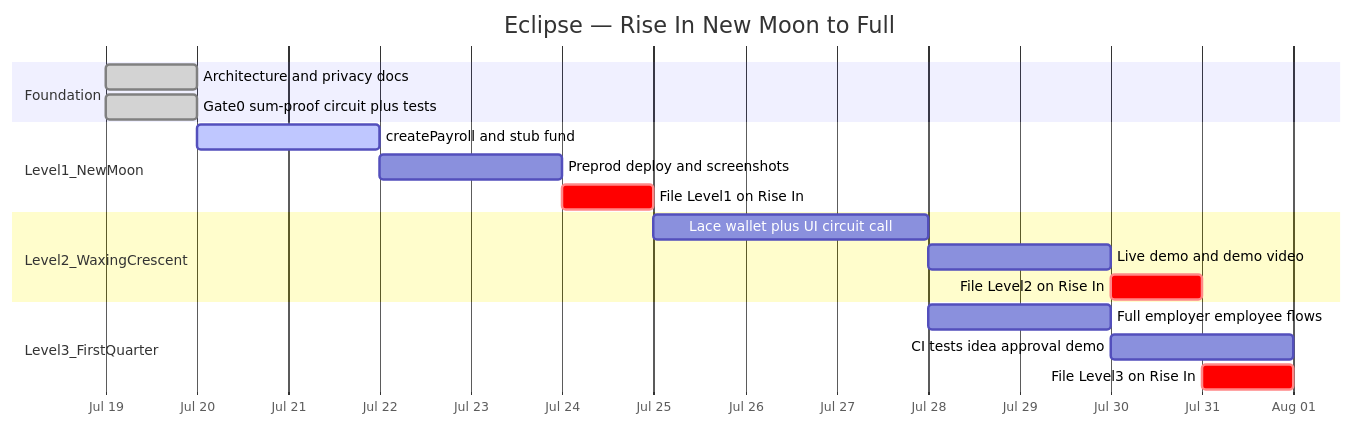
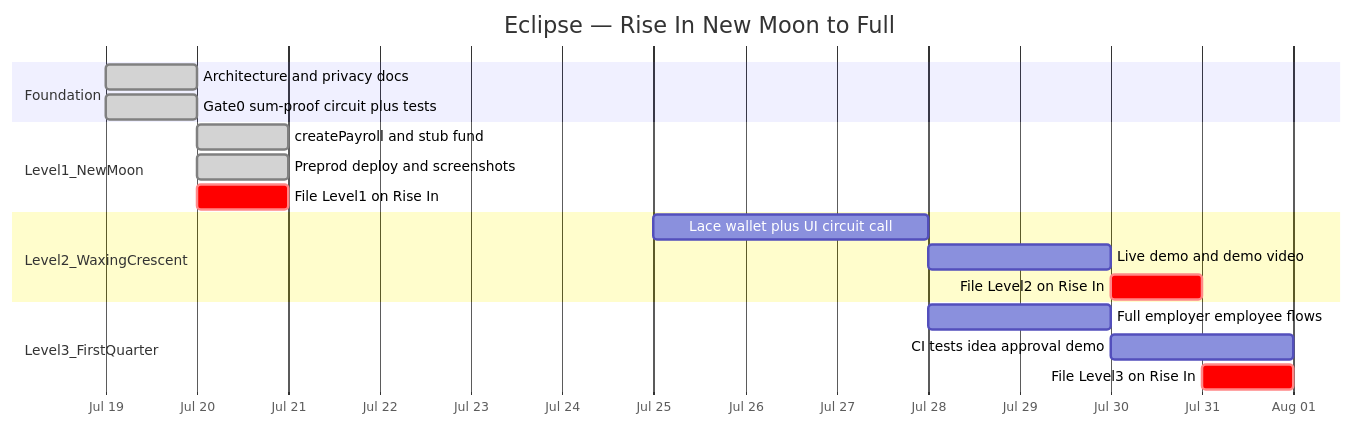
The diagram in README.md (TadeyRuk/Eclipse), drawn with Mermaid before and after one commit. The commit also changed other lines of this file and 35 other files, not shown here.

First line of the commit message:
feat: Level 1 Eclipse lifecycle, Preprod deploy, and filing evidence

````diff
--- a/README.md
+++ b/README.md
@@ -15,26 +24,26 @@
 ```mermaid
 gantt
     title Eclipse — Rise In New Moon to Full
     dateFormat YYYY-MM-DD
     axisFormat %b %d
     todayMarker off
 
     section Foundation
     Architecture and privacy docs     :done,    arch, 2026-07-19, 1d
     Gate0 sum-proof circuit plus tests :done,   g0,   2026-07-19, 1d
 
     section Level1_NewMoon
-    createPayroll and stub fund       :active,  l1a, 2026-07-20, 2d
-    Preprod deploy and screenshots    :         l1b, after l1a, 2d
-    File Level1 on Rise In            :crit,    l1c, after l1b, 1d
+    createPayroll and stub fund       :done,    l1a, 2026-07-20, 1d
+    Preprod deploy and screenshots    :done,    l1b, 2026-07-20, 1d
+    File Level1 on Rise In            :crit,    l1c, 2026-07-20, 1d
 
     section Level2_WaxingCrescent
     Lace wallet plus UI circuit call  :         l2a, 2026-07-25, 3d
     Live demo and demo video          :         l2b, after l2a, 2d
     File Level2 on Rise In            :crit,    l2c, after l2b, 1d
 
     section Level3_FirstQuarter
     Full employer employee flows      :         l3a, 2026-07-28, 2d
     CI tests idea approval demo       :         l3b, after l3a, 2d
     File Level3 on Rise In            :crit,    l3c, 2026-07-31, 1d
 ```
````
